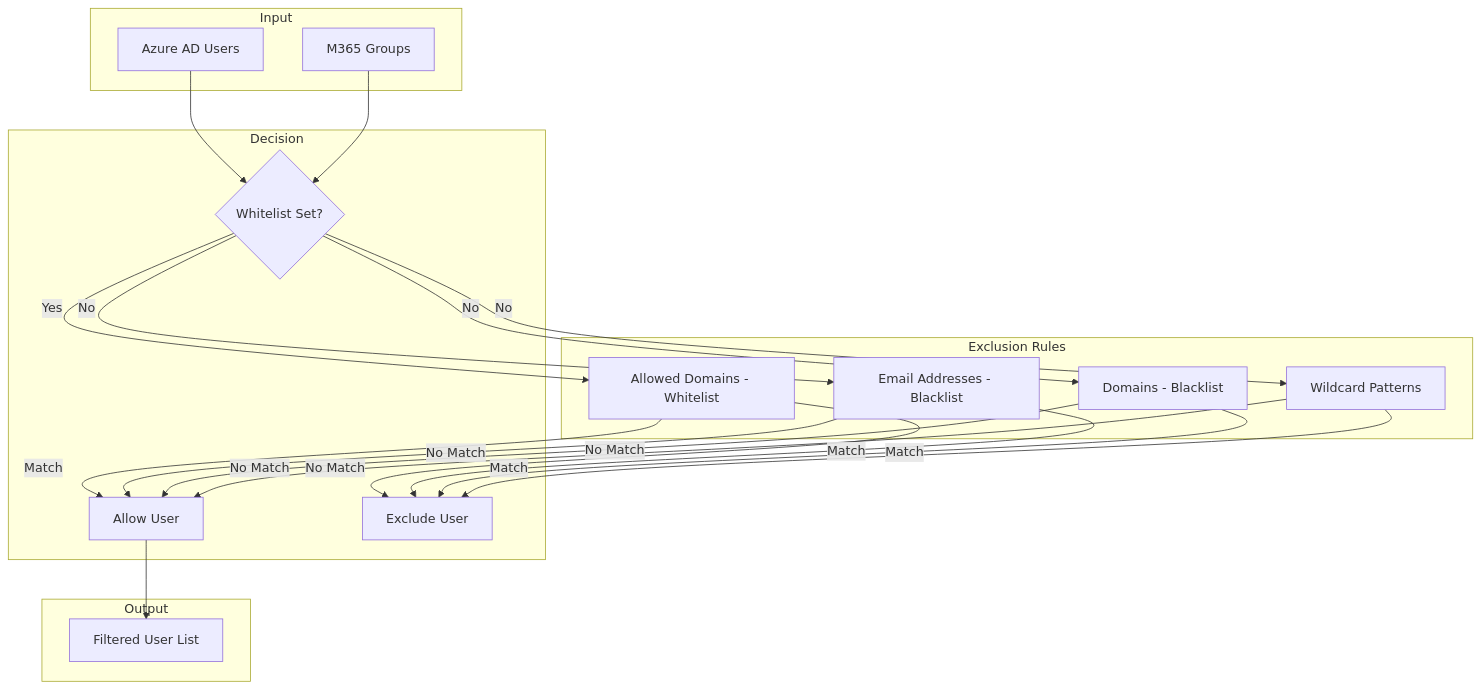
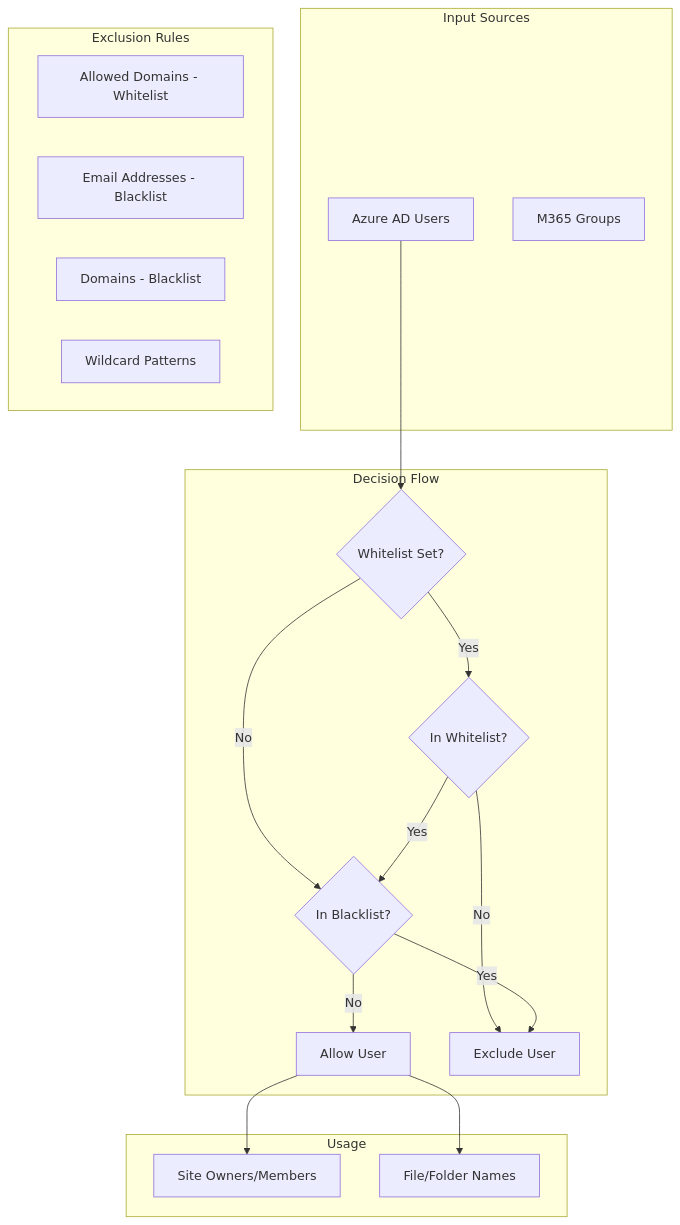
The eighth of 11 diagrams in plans/SHAREPOINT_ARCHITECTURE.md (H3D-AstroA1/sharepoint-sites-terraform), drawn with Mermaid before and after one commit. The commit also changed other lines of this file and 1 other file, not shown here.

````diff
--- a/plans/SHAREPOINT_ARCHITECTURE.md
+++ b/plans/SHAREPOINT_ARCHITECTURE.md
@@ -351,45 +355,41 @@
 ```mermaid
 flowchart TB
-    subgraph Input
+    subgraph Input Sources
         USERS[Azure AD Users]
         GROUPS[M365 Groups]
     end
 
     subgraph Exclusion Rules
         WHITELIST[Allowed Domains - Whitelist]
         BLACKLIST_EMAIL[Email Addresses - Blacklist]
         BLACKLIST_DOMAIN[Domains - Blacklist]
         PATTERNS[Wildcard Patterns]
     end
 
-    subgraph Decision
+    subgraph Decision Flow
         CHECK{Whitelist Set?}
+        CHECK_WL{In Whitelist?}
+        CHECK_BL{In Blacklist?}
         ALLOW[Allow User]
         DENY[Exclude User]
     end
 
-    subgraph Output
-        FILTERED[Filtered User List]
+    subgraph Usage
+        OWNERS[Site Owners/Members]
+        FILES[File/Folder Names]
     end
 
     USERS --> CHECK
-    GROUPS --> CHECK
     
-    CHECK -->|Yes| WHITELIST
-    CHECK -->|No| BLACKLIST_EMAIL
-    CHECK -->|No| BLACKLIST_DOMAIN
-    CHECK -->|No| PATTERNS
+    CHECK -->|Yes| CHECK_WL
+    CHECK -->|No| CHECK_BL
     
-    WHITELIST -->|Match| ALLOW
-    WHITELIST -->|No Match| DENY
+    CHECK_WL -->|Yes| CHECK_BL
+    CHECK_WL -->|No| DENY
     
-    BLACKLIST_EMAIL -->|Match| DENY
-    BLACKLIST_DOMAIN -->|Match| DENY
-    PATTERNS -->|Match| DENY
+    CHECK_BL -->|Yes| DENY
+    CHECK_BL -->|No| ALLOW
     
-    BLACKLIST_EMAIL -->|No Match| ALLOW
-    BLACKLIST_DOMAIN -->|No Match| ALLOW
-    PATTERNS -->|No Match| ALLOW
-    
-    ALLOW --> FILTERED
+    ALLOW --> OWNERS
+    ALLOW --> FILES
 ```
````
